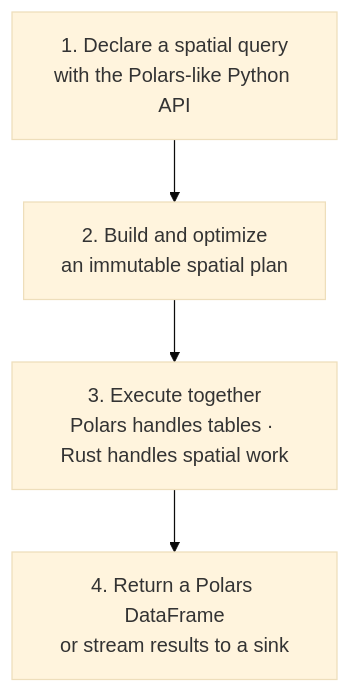
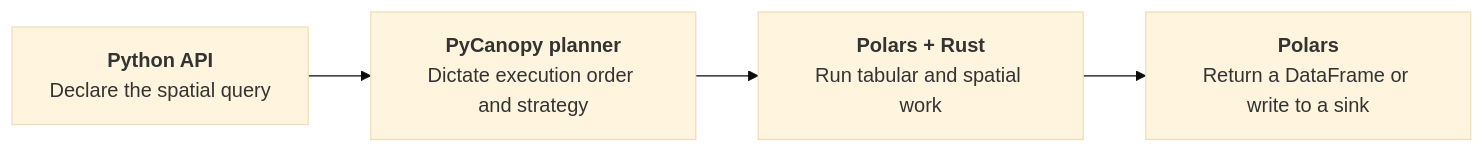
The first of 2 diagrams in docs/how-it-works/architecture.md (pranav-walimbe/PyCanopy), drawn with Mermaid (base theme) before and after one commit. The commit also changed other lines of this file, not shown here.

Commit message:
docs: refine architecture overview

````diff
--- a/docs/how-it-works/architecture.md
+++ b/docs/how-it-works/architecture.md
@@ -5,8 +5,8 @@
 ```mermaid
-flowchart TB
-    Q["1. Declare a spatial query<br/>with the Polars-like Python API"]
-    P["2. Build and optimize<br/>an immutable spatial plan"]
-    E["3. Execute together<br/>Polars handles tables · Rust handles spatial work"]
-    O["4. Return a Polars DataFrame<br/>or stream results to a sink"]
+flowchart LR
+    Q["<b>Python API</b><br/>Declare the spatial query"]
+    P["<b>PyCanopy planner</b><br/>Dictate execution order and strategy"]
+    E["<b>Polars + Rust</b><br/>Run tabular and spatial work"]
+    O["<b>Polars</b><br/>Return a DataFrame or write to a sink"]
     Q --> P --> E --> O
 ```
````
